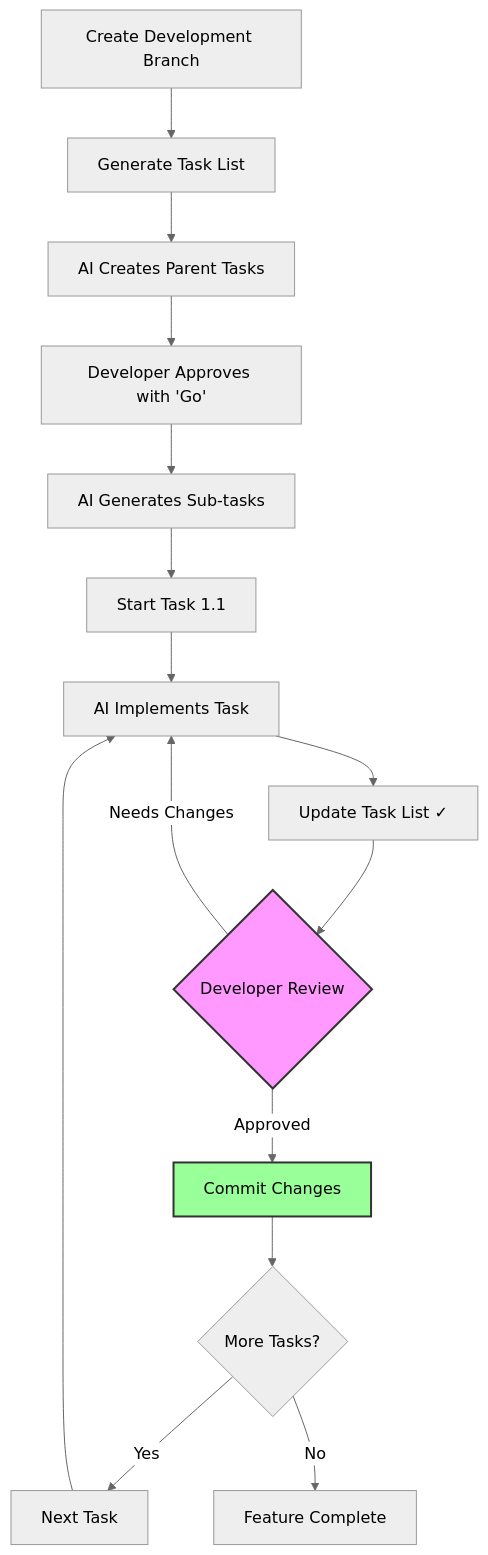
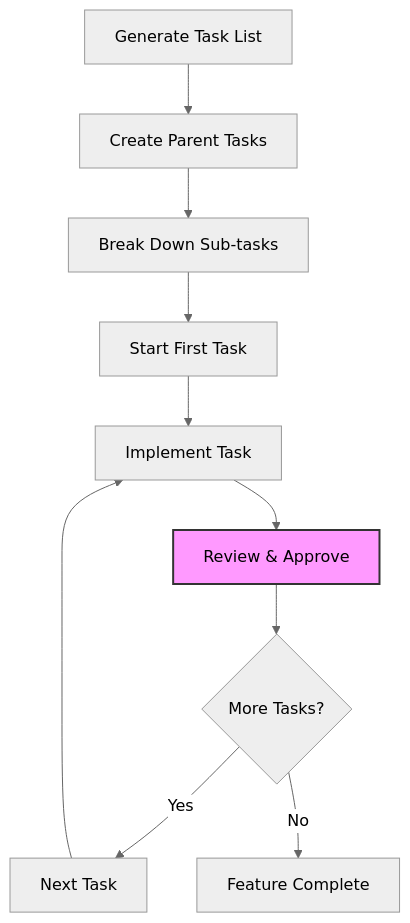
Before and after one commit to jluisflo/the-future-of-coding: the fourth of 5 diagrams in tdd-adoption-brief.md, drawn with Mermaid (neutral theme). The commit also changed other lines of this file and 2 other files, not shown here.

````diff
--- a/tdd-adoption-brief.md
+++ b/tdd-adoption-brief.md
@@ -165,20 +147,14 @@
 ```mermaid
 graph TD
-    A[Create Development Branch] --> B[Generate Task List]
-    B --> C[AI Creates Parent Tasks]
-    C --> D["Developer Approves with 'Go'"]
-    D --> E[AI Generates Sub-tasks]
-    E --> F[Start Task 1.1]
-    F --> G[AI Implements Task]
-    G --> H["Update Task List ✓"]
-    H --> I{Developer Review}
-    I -->|Approved| J[Commit Changes]
-    I -->|Needs Changes| G
-    J --> K{More Tasks?}
-    K -->|Yes| L[Next Task]
-    L --> G
-    K -->|No| M[Feature Complete]
+    A[Generate Task List] --> B[Create Parent Tasks]
+    B --> C[Break Down Sub-tasks]
+    C --> D[Start First Task]
+    D --> E[Implement Task]
+    E --> F[Review & Approve]
+    F --> G{More Tasks?}
+    G -->|Yes| H[Next Task]
+    H --> E
+    G -->|No| I[Feature Complete]
     
-    style I fill:#f9f,stroke:#333,stroke-width:2px
-    style J fill:#9f9,stroke:#333,stroke-width:2px
+    style F fill:#f9f,stroke:#333,stroke-width:2px
 ```
````
